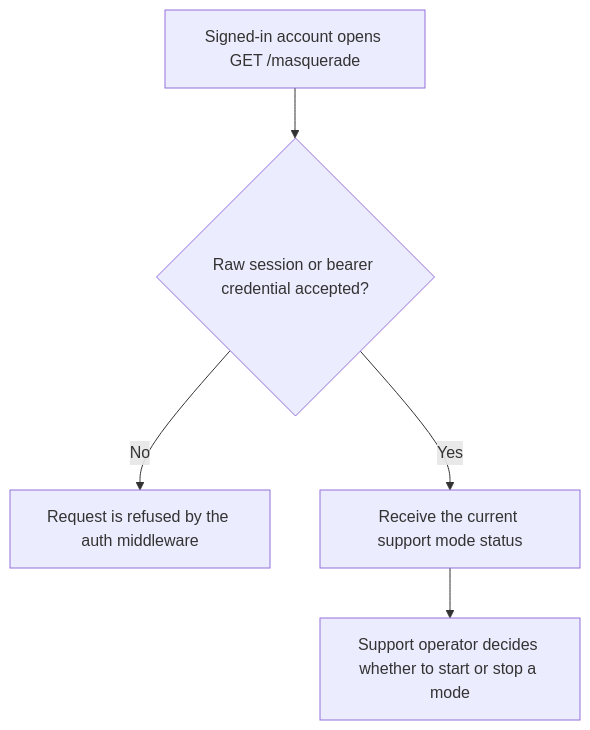
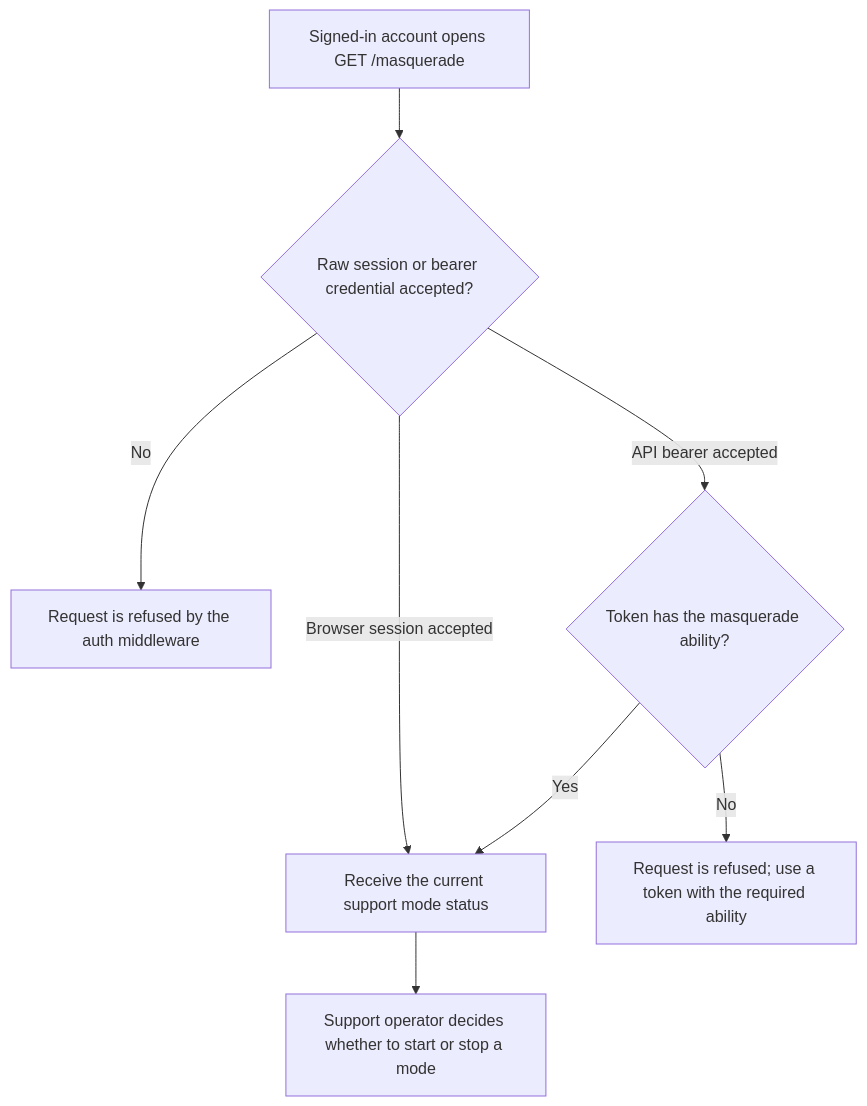
Before and after one commit to Kevinjohn/oss-adonisjs-starter-examples: the first of 2 diagrams in user-stories/support/us-masq-05-read-support-mode-status.md, drawn with Mermaid. The commit also changed 5 other files, not shown here.

````diff
--- a/user-stories/support/us-masq-05-read-support-mode-status.md
+++ b/user-stories/support/us-masq-05-read-support-mode-status.md
@@ -26,7 +26,10 @@
 ```mermaid
 flowchart TD
     A["Signed-in account opens GET /masquerade"] --> B{"Raw session or bearer credential accepted?"}
     B -->|No| C["Request is refused by the auth middleware"]
-    B -->|Yes| D["Receive the current support mode status"]
+    B -->|Browser session accepted| D["Receive the current support mode status"]
+    B -->|API bearer accepted| F{"Token has the masquerade ability?"}
+    F -->|Yes| D
+    F -->|No| G["Request is refused; use a token with the required ability"]
     D --> E["Support operator decides whether to start or stop a mode"]
 ```
````
